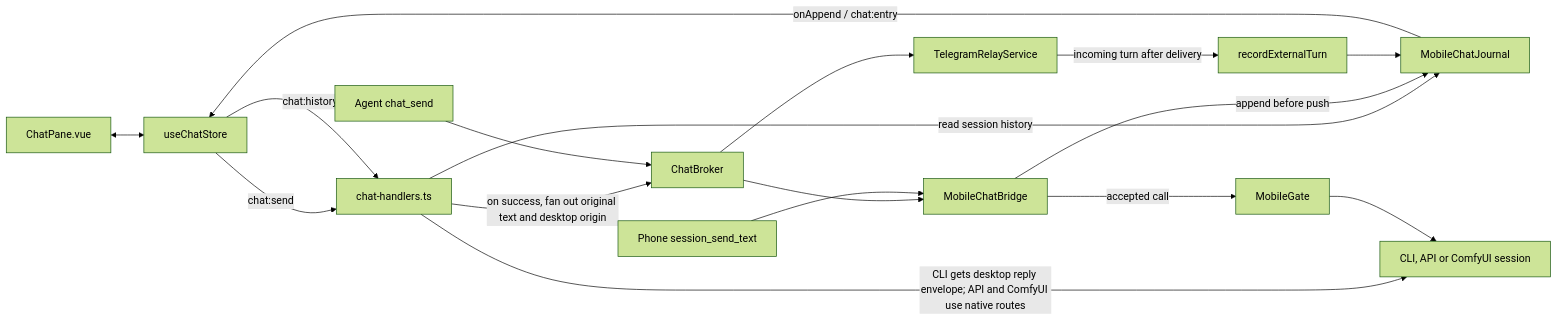
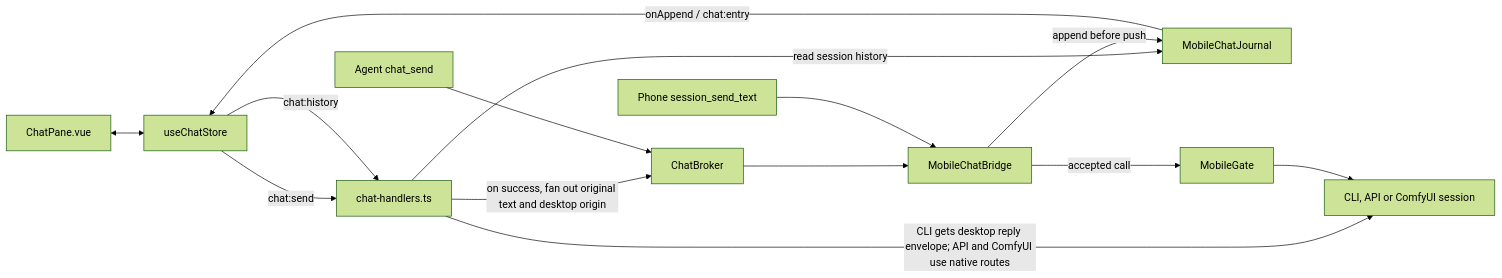
One commit to PetePeter/helm changed the diagram in docs/chat-tab.md. Above: the diagram before and after it, drawn with Mermaid (forest theme). The commit also changed other lines of this file and 35 other files, not shown here.

````diff
--- a/docs/chat-tab.md
+++ b/docs/chat-tab.md
@@ -9,19 +9,16 @@
 ```mermaid
 flowchart LR
     Pane[ChatPane.vue] <--> Store[useChatStore]
     Store -->|chat:send| IPC
     Store -->|chat:history| IPC[chat-handlers.ts]
     IPC -->|read session history| Journal[MobileChatJournal]
     IPC -->|CLI gets desktop reply envelope; API and ComfyUI use native routes| Target[CLI, API or ComfyUI session]
     IPC -->|on success, fan out original text and desktop origin| Broker[ChatBroker]
     Agent[Agent chat_send] --> Broker
     Broker --> Mobile[MobileChatBridge]
-    Broker --> Telegram[TelegramRelayService]
     Mobile -->|append before push| Journal
     Journal -->|onAppend / chat:entry| Store
-    Telegram -->|incoming turn after delivery| External[recordExternalTurn]
-    External --> Journal
     Phone[Phone session_send_text] --> Mobile
     Mobile -->|accepted call| Gate[MobileGate]
     Gate --> Target
 ```
````
